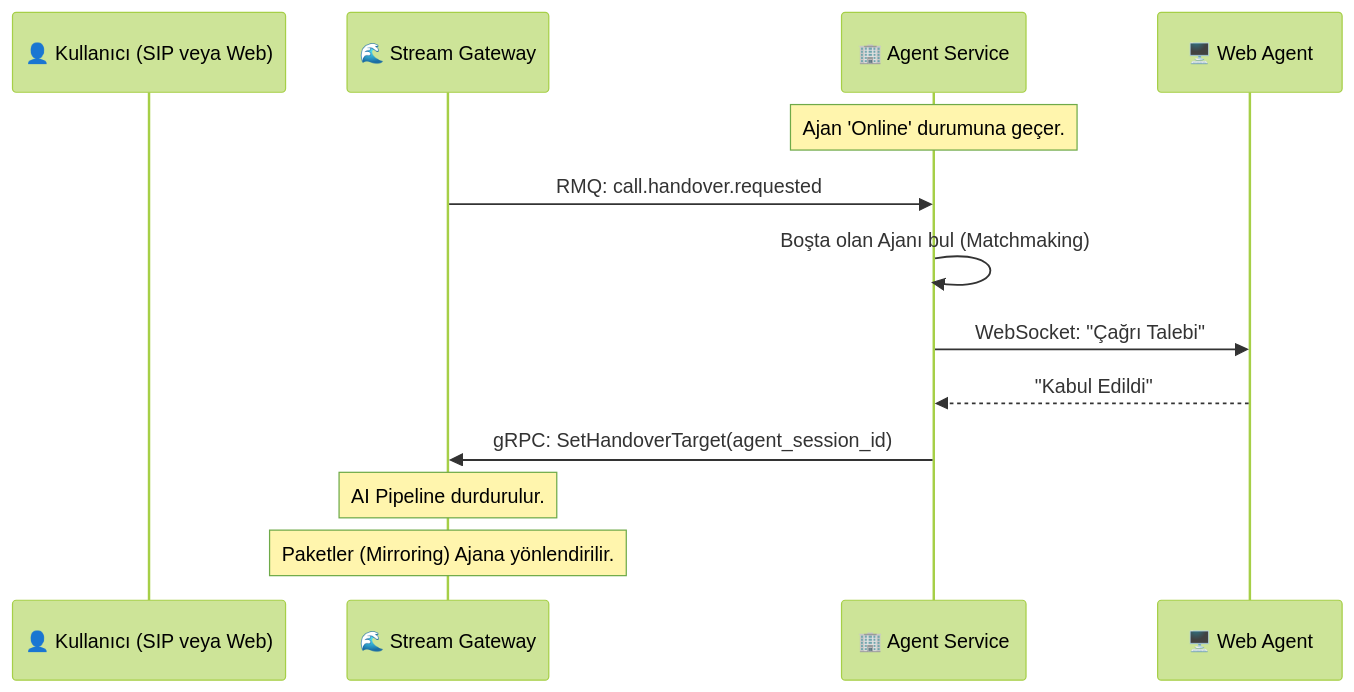
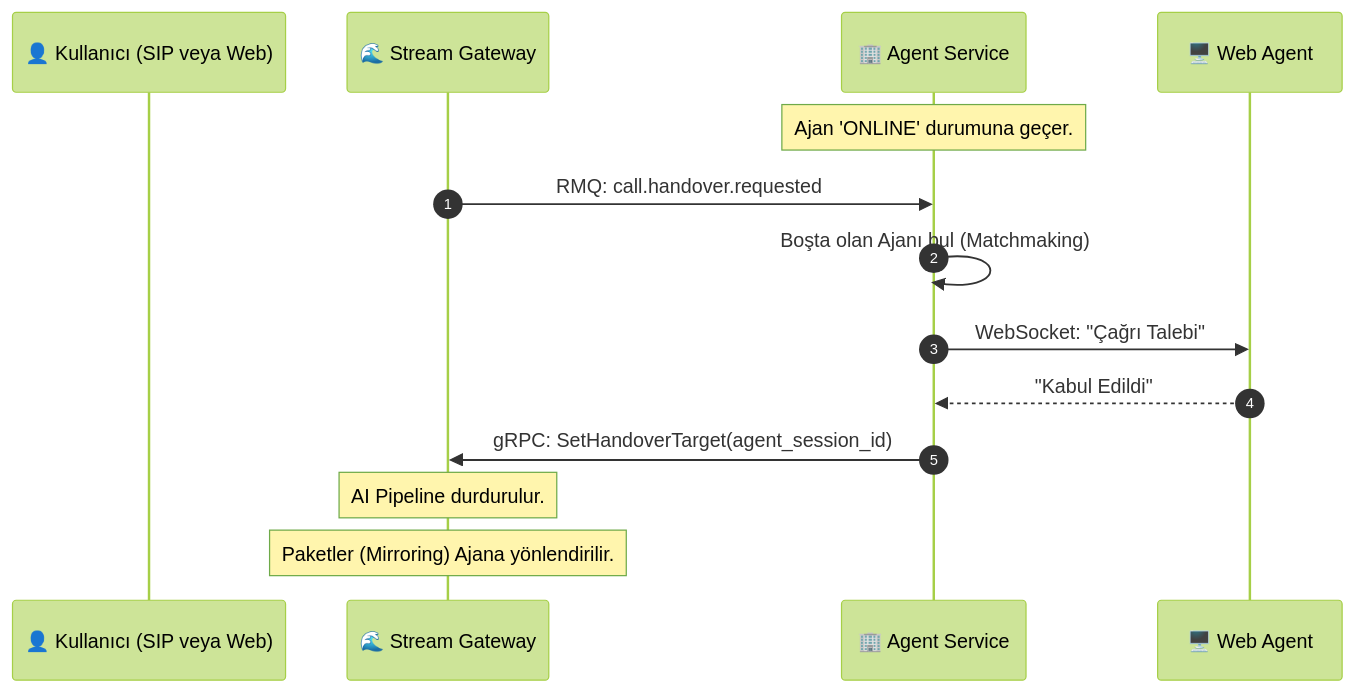
The diagram in LOGIC.md (sentiric/sentiric-agent-service), drawn with Mermaid (forest theme) before and after one commit. The commit also changed other lines of this file, not shown here.

Commit message:
docs(logic): add rich domain logic and mermaid diagrams to core services [ARCH-COMPLIANCE]

````diff
--- a/LOGIC.md
+++ b/LOGIC.md
@@ -9,16 +9,18 @@
 ```mermaid
 sequenceDiagram
+    autonumber
     participant User as 👤 Kullanıcı (SIP veya Web)
     participant Gateway as 🌊 Stream Gateway
     participant AgentSvc as 🏢 Agent Service
     participant AgentUI as 🖥️ Web Agent
 
-    Note over AgentSvc: Ajan 'Online' durumuna geçer.
+    Note over AgentSvc: Ajan 'ONLINE' durumuna geçer.
     Gateway->>AgentSvc: RMQ: call.handover.requested
     AgentSvc->>AgentSvc: Boşta olan Ajanı bul (Matchmaking)
     AgentSvc->>AgentUI: WebSocket: "Çağrı Talebi"
     AgentUI-->>AgentSvc: "Kabul Edildi"
     AgentSvc->>Gateway: gRPC: SetHandoverTarget(agent_session_id)
+    
     Note over Gateway: AI Pipeline durdurulur.
     Note over Gateway: Paketler (Mirroring) Ajana yönlendirilir.
 ```
````
